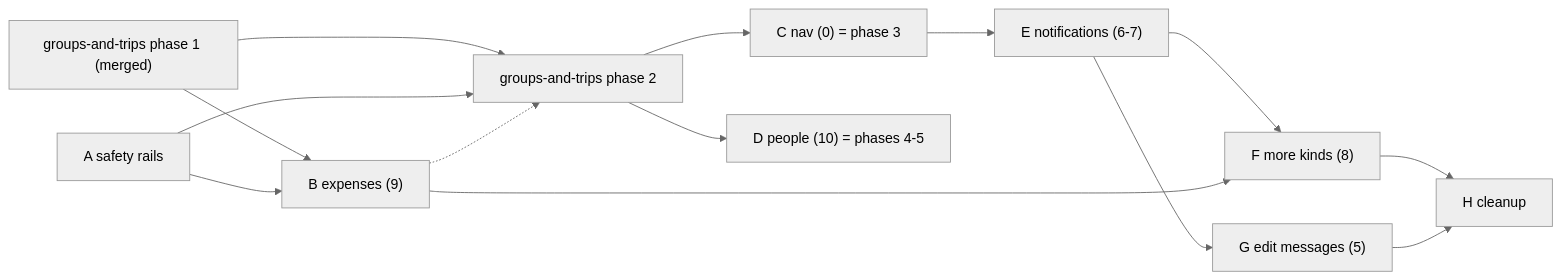
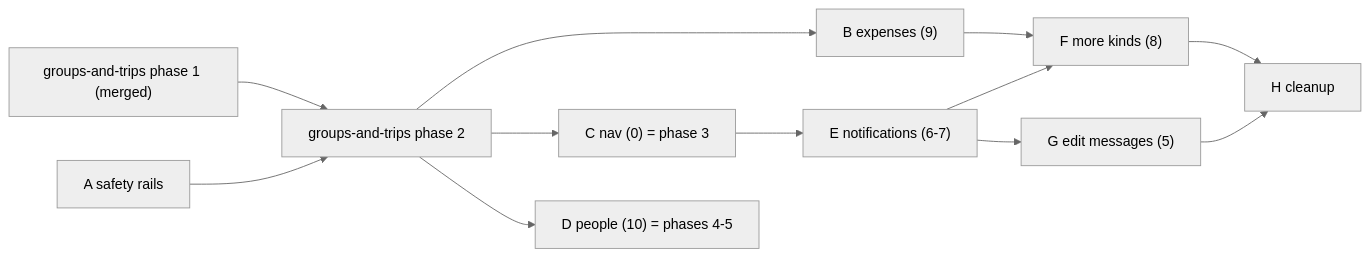
Before and after one commit to idodjeen/camping: the third of 3 diagrams in docs/roadmap.md, drawn with Mermaid (neutral theme). The commit also changed other lines of this file, not shown here.

First line of the commit message:
Move expenses after groups-and-trips phase 2 in the roadmap [no-popup]

````diff
--- a/docs/roadmap.md
+++ b/docs/roadmap.md
@@ -652,16 +655,14 @@
 ```mermaid
 flowchart LR
-  P1["groups-and-trips phase 1 (merged)"] --> B["B expenses (9)"]
-  A["A safety rails"] --> B
-  P1 --> P2["groups-and-trips phase 2"]
-  A --> P2
-  B -.-> P2
+  P1["groups-and-trips phase 1 (merged)"] --> P2["groups-and-trips phase 2"]
+  A["A safety rails"] --> P2
+  P2 --> B["B expenses (9)"]
   P2 --> C["C nav (0) = phase 3"]
   P2 --> D["D people (10) = phases 4-5"]
   C --> E["E notifications (6-7)"]
   E --> F["F more kinds (8)"]
   B --> F
   E --> G["G edit messages (5)"]
   F --> H["H cleanup"]
   G --> H
 ```
````
